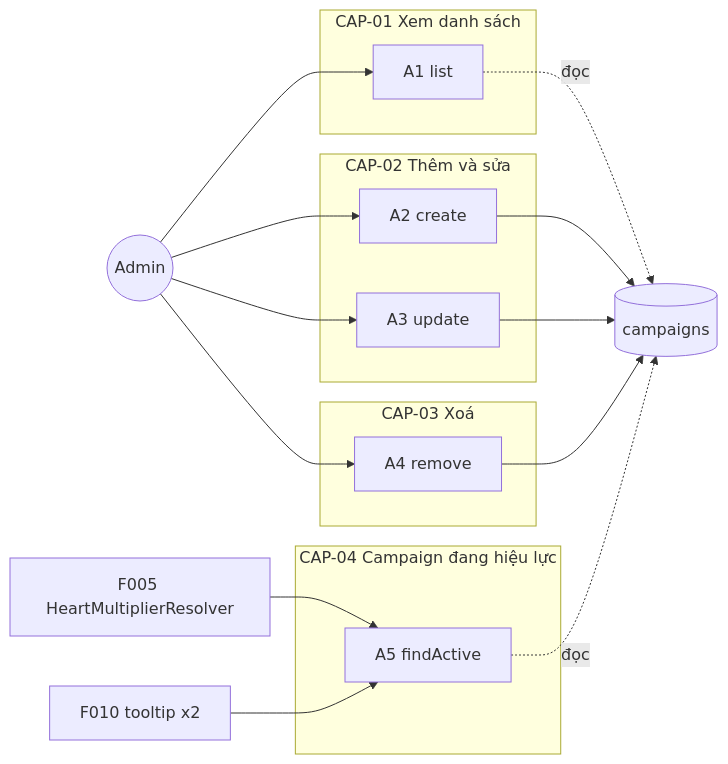
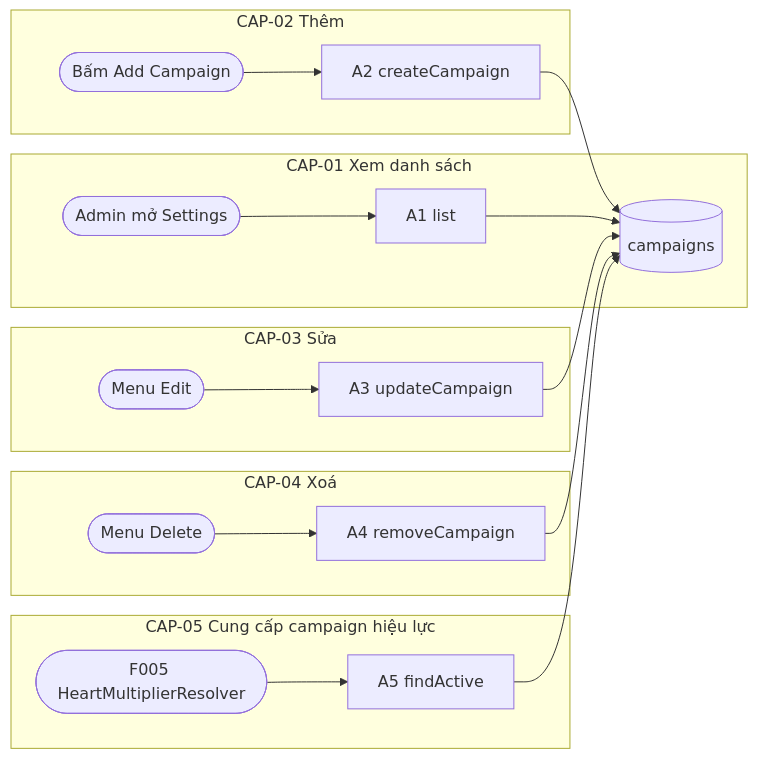
Before and after one commit to hailv-3571/agentic-coding-hands-on: the first of 2 diagrams in docs/features/F011_AdminCampaigns/technical-spec.md, drawn with Mermaid. The commit also changed other lines of this file and 250 other files, not shown here.

````diff
--- a/docs/features/F011_AdminCampaigns/technical-spec.md
+++ b/docs/features/F011_AdminCampaigns/technical-spec.md
@@ -23,27 +22,18 @@
 ```mermaid
 flowchart LR
     subgraph CAP01["CAP-01 Xem danh sách"]
-        A1["A1 list"]
+        U1(["Admin mở Settings"]) --> A1["A1 list"] --> T1[("campaigns")]
     end
-    subgraph CAP02["CAP-02 Thêm và sửa"]
-        A2["A2 create"]
-        A3["A3 update"]
+    subgraph CAP02["CAP-02 Thêm"]
+        U2(["Bấm Add Campaign"]) --> A2["A2 createCampaign"] --> T1
     end
-    subgraph CAP03["CAP-03 Xoá"]
-        A4["A4 remove"]
+    subgraph CAP03["CAP-03 Sửa"]
+        U3(["Menu Edit"]) --> A3["A3 updateCampaign"] --> T1
     end
-    subgraph CAP04["CAP-04 Campaign đang hiệu lực"]
-        A5["A5 findActive"]
+    subgraph CAP04["CAP-04 Xoá"]
+        U4(["Menu Delete"]) --> A4["A4 removeCampaign"] --> T1
     end
-    Admin((Admin)) --> A1
-    Admin --> A2
-    Admin --> A3
-    Admin --> A4
-    A1 -.đọc.-> T[("campaigns")]
-    A2 --> T
-    A3 --> T
-    A4 --> T
-    A5 -.đọc.-> T
-    F005["F005 HeartMultiplierResolver"] --> A5
-    F010["F010 tooltip x2"] --> A5
+    subgraph CAP05["CAP-05 Cung cấp campaign hiệu lực"]
+        F5(["F005 HeartMultiplierResolver"]) --> A5["A5 findActive"] --> T1
+    end
 ```
````
